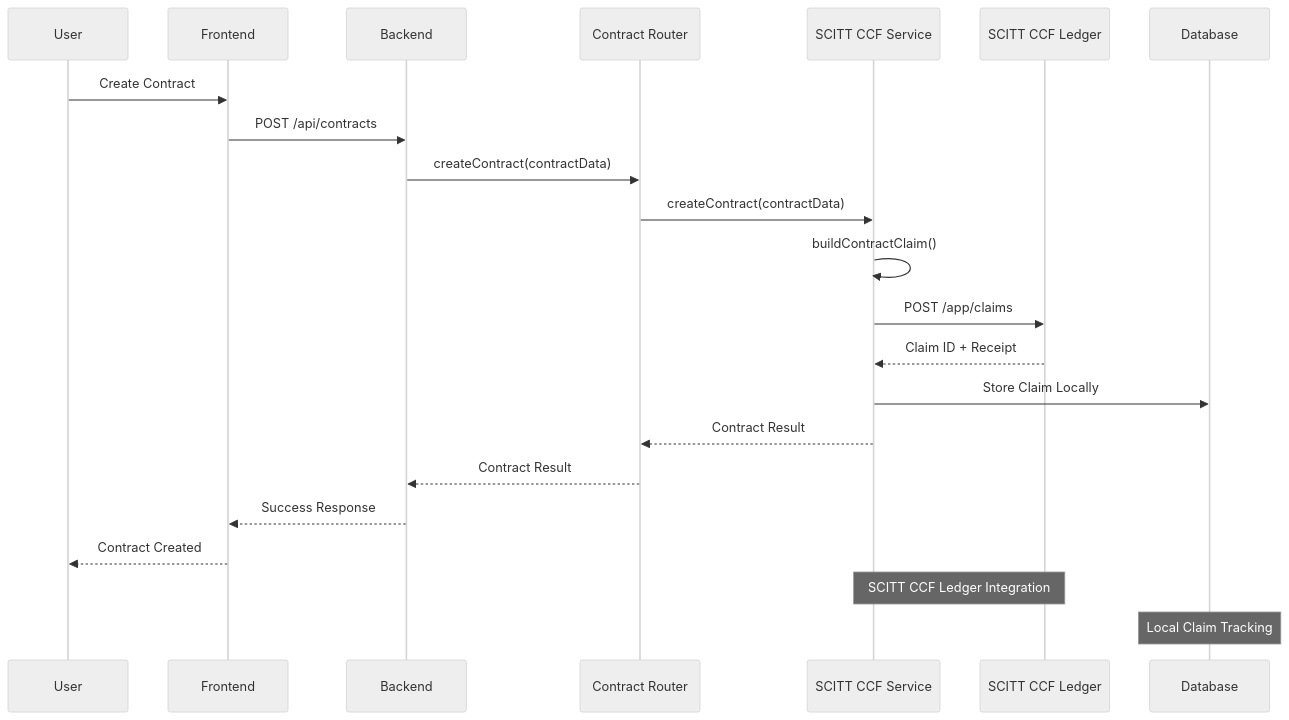
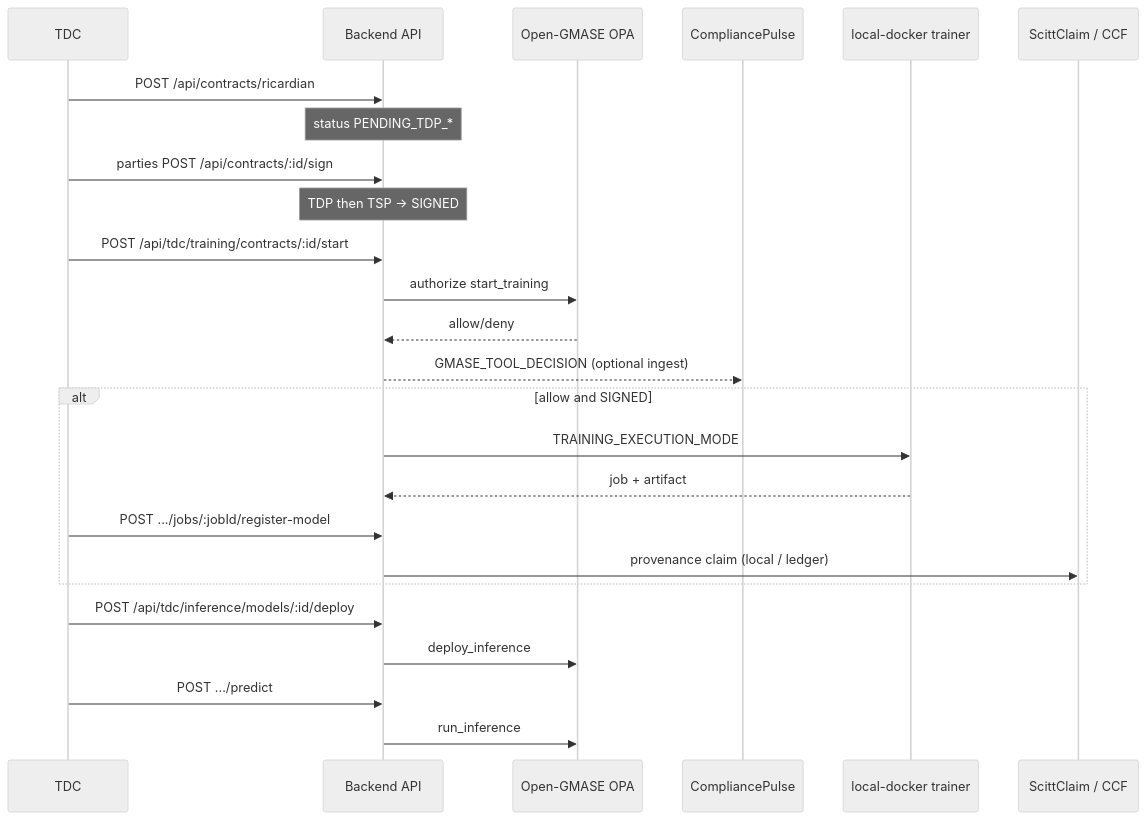
One commit to gitmujoshi/Confidential-AI-Network changed the third of 6 diagrams in docs/architecture/UML_4PLUS1_ARCHITECTURE.md. Above: the diagram before and after it, drawn with Mermaid (neutral theme). The commit also changed other lines of this file and 104 other files, not shown here.

````diff
--- a/docs/architecture/UML_4PLUS1_ARCHITECTURE.md
+++ b/docs/architecture/UML_4PLUS1_ARCHITECTURE.md
@@ -693,26 +202,30 @@
 ```mermaid
 sequenceDiagram
-    participant U as User
-    participant F as Frontend
-    participant B as Backend
-    participant R as Contract Router
-    participant S as SCITT CCF Service
-    participant L as SCITT CCF Ledger
-    participant D as Database
-    
-    U->>F: Create Contract
-    F->>B: POST /api/contracts
-    B->>R: createContract(contractData)
-    R->>S: createContract(contractData)
-    S->>S: buildContractClaim()
-    S->>L: POST /app/claims
-    L-->>S: Claim ID + Receipt
-    S->>D: Store Claim Locally
-    S-->>R: Contract Result
-    R-->>B: Contract Result
-    B-->>F: Success Response
-    F-->>U: Contract Created
-    
-    Note over S,L: SCITT CCF Ledger Integration
-    Note over D: Local Claim Tracking
+    participant TDC
+    participant API as Backend API
+    participant OPA as Open-GMASE OPA
+    participant CP as CompliancePulse
+    participant Trainer as local-docker trainer
+    participant SCITT as ScittClaim / CCF
+
+    TDC->>API: POST /api/contracts/ricardian
+    Note over API: status PENDING_TDP_*
+    TDC->>API: parties POST /api/contracts/:id/sign
+    Note over API: TDP then TSP → SIGNED
+
+    TDC->>API: POST /api/tdc/training/contracts/:id/start
+    API->>OPA: authorize start_training
+    OPA-->>API: allow/deny
+    API-->>CP: GMASE_TOOL_DECISION (optional ingest)
+    alt allow and SIGNED
+        API->>Trainer: TRAINING_EXECUTION_MODE
+        Trainer-->>API: job + artifact
+        TDC->>API: POST .../jobs/:jobId/register-model
+        API->>SCITT: provenance claim (local / ledger)
+    end
+
+    TDC->>API: POST /api/tdc/inference/models/:id/deploy
+    API->>OPA: deploy_inference
+    TDC->>API: POST .../predict
+    API->>OPA: run_inference
 ```
````
